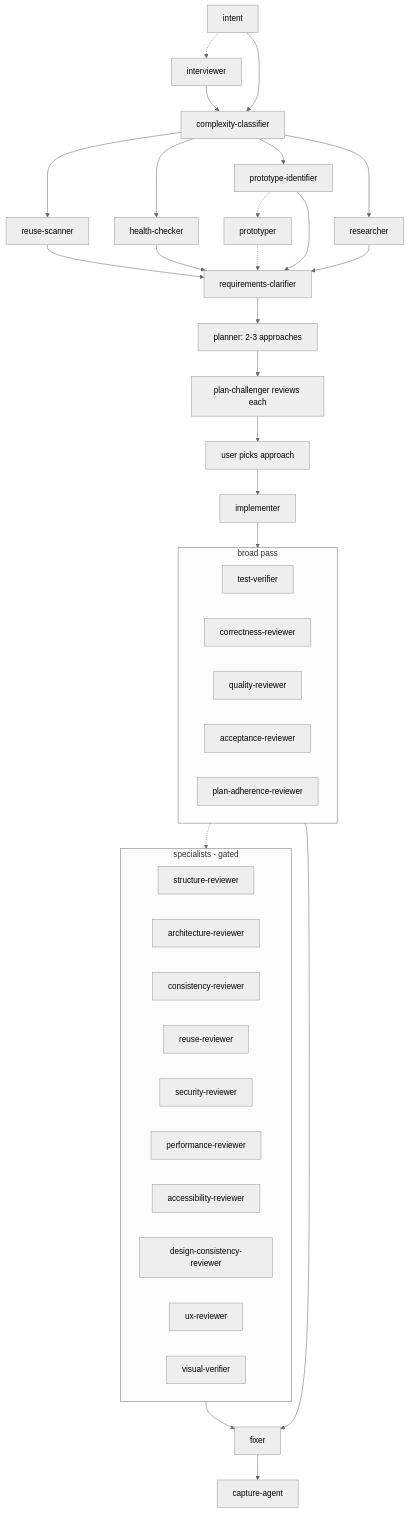
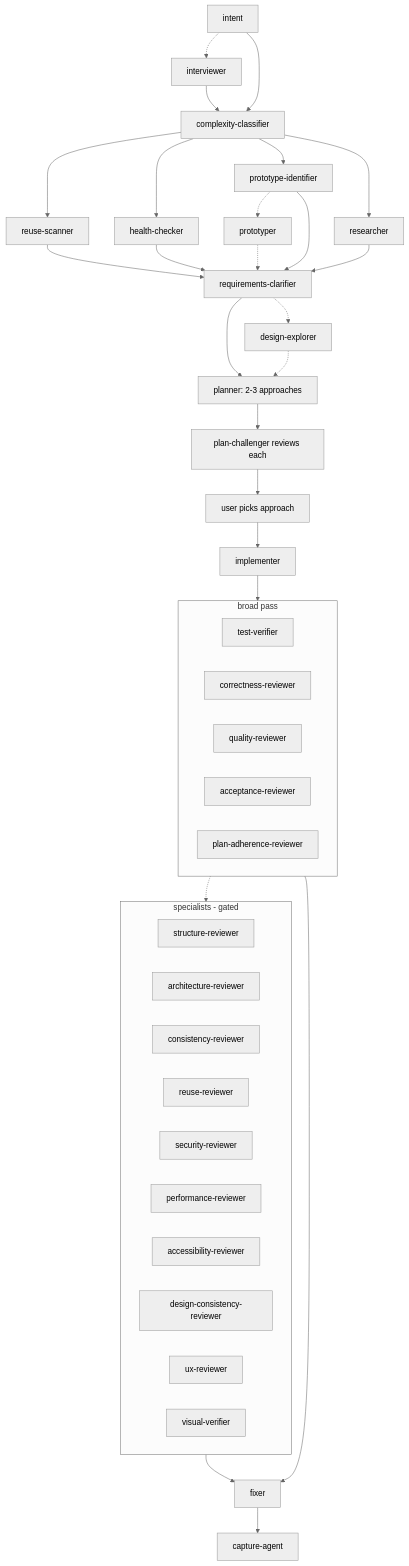
Before and after one commit to alp82/alp-river: the fourth of 4 diagrams in README.md, drawn with Mermaid (neutral theme). The commit also changed other lines of this file and 12 other files, not shown here.

````diff
--- a/README.md
+++ b/README.md
@@ -158,40 +161,42 @@
 ```mermaid
 flowchart TB
     intent -.-> intv[interviewer]
     intent --> classify[complexity-classifier]
     intv --> classify
     classify --> reuse[reuse-scanner] & health[health-checker] & proto[prototype-identifier] & rsrch[researcher]
     proto -.-> ptype[prototyper]
     reuse & health & proto & rsrch --> clari[requirements-clarifier]
     ptype -.-> clari
     clari --> plan["planner: 2-3 approaches"]
+    clari -.-> design[design-explorer]
+    design -.-> plan
     plan --> chal["plan-challenger reviews each"]
     chal --> pick[user picks approach]
     pick --> impl[implementer]
     impl --> bp
     subgraph bp[broad pass]
         direction LR
         test[test-verifier]
         correct[correctness-reviewer]
         qual[quality-reviewer]
         accept[acceptance-reviewer]
         adher[plan-adherence-reviewer]
     end
     bp -.-> sp
     subgraph sp[specialists - gated]
         direction LR
         sr[structure-reviewer]
         ar[architecture-reviewer]
         cr[consistency-reviewer]
         rr[reuse-reviewer]
         sec[security-reviewer]
         perf[performance-reviewer]
         a11y[accessibility-reviewer]
         dc[design-consistency-reviewer]
         ux[ux-reviewer]
         visual[visual-verifier]
     end
     bp --> heal[fixer]
     sp --> heal
     heal --> cap[capture-agent]
 ```
````
